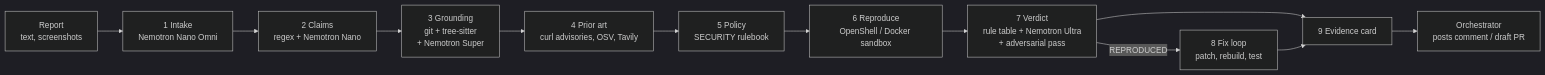
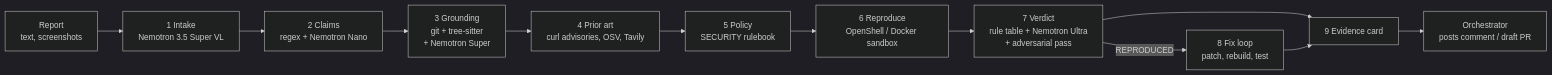
One commit to Mohammad-Umar7/proofgate changed the diagram in docs/ARCHITECTURE.md. Above: the diagram before and after it, drawn with Mermaid (dark theme). The commit also changed other lines of this file and 4 other files, not shown here.

````diff
--- a/docs/ARCHITECTURE.md
+++ b/docs/ARCHITECTURE.md
@@ -3,14 +3,14 @@
 ```mermaid
 flowchart LR
-  R[Report<br/>text, screenshots] --> I[1 Intake<br/>Nemotron Nano Omni]
+  R[Report<br/>text, screenshots] --> I[1 Intake<br/>Nemotron 3.5 Super VL]
   I --> C[2 Claims<br/>regex + Nemotron Nano]
   C --> G[3 Grounding<br/>git + tree-sitter<br/>+ Nemotron Super]
   G --> P[4 Prior art<br/>curl advisories, OSV, Tavily]
   P --> RU[5 Policy<br/>SECURITY rulebook]
   RU --> S[6 Reproduce<br/>OpenShell / Docker sandbox]
   S --> A[7 Verdict<br/>rule table + Nemotron Ultra<br/>+ adversarial pass]
   A -->|REPRODUCED| F[8 Fix loop<br/>patch, rebuild, test]
   A --> E[9 Evidence card]
   F --> E
   E --> O[Orchestrator<br/>posts comment / draft PR]
 ```
````
